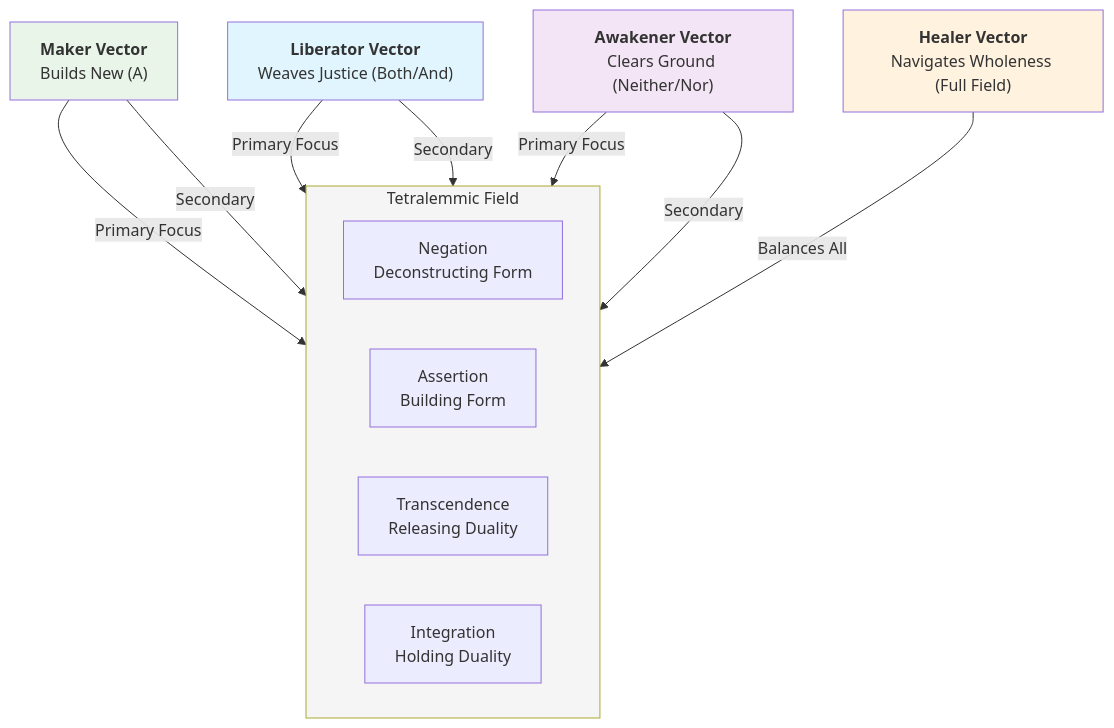
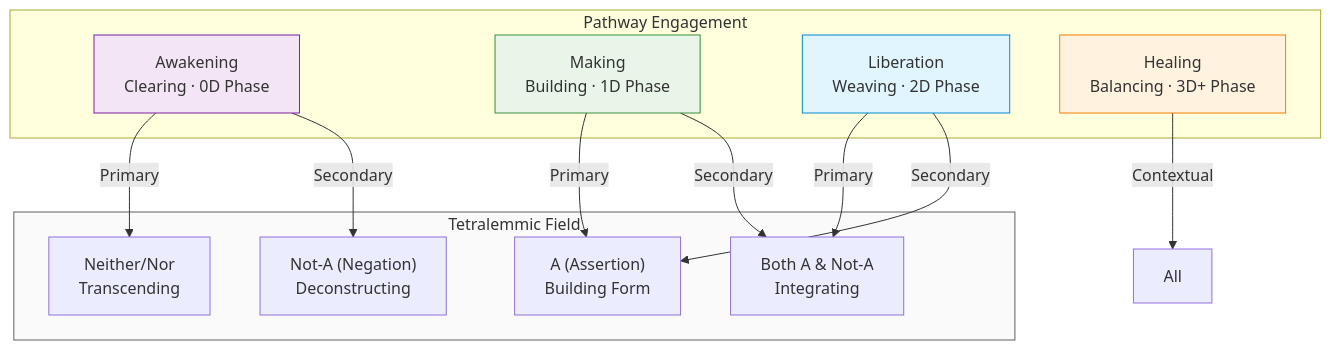
Before and after one commit to ravaioli/solarpunk-mandala: the first of 5 diagrams in framework/core-model/05-mandala-axis-four-pathways.md, drawn with Mermaid. The commit also changed other lines of this file, not shown here.

````diff
--- a/framework/core-model/05-mandala-axis-four-pathways.md
+++ b/framework/core-model/05-mandala-axis-four-pathways.md
@@ -172,27 +147,33 @@
 ```mermaid
-flowchart TD
-    subgraph TetralemmicField["Tetralemmic Field"]
-        direction LR
-        Negation["Negation<br>Deconstructing Form"]
-        Assertion["Assertion<br>Building Form"]
-        Transcendence["Transcendence<br>Releasing Duality"]
-        Integration["Integration<br>Holding Duality"]
+graph TD
+    subgraph Tetralemmic["Tetralemmic Field"]
+        T1["A (Assertion)<br>Building Form"]
+        T2["Not-A (Negation)<br>Deconstructing"]
+        T3["Both A & Not-A<br>Integrating"]
+        T4["Neither/Nor<br>Transcending"]
     end
     
-    A["<b>Maker Vector</b><br>Builds New (A)"] -->|"Primary Focus"| Assertion
-    A -->|"Secondary"| Integration
+    subgraph Pathways["Pathway Engagement"]
+        P1["Awakening<br>Clearing · 0D Phase"]
+        P2["Making<br>Building · 1D Phase"]
+        P3["Liberation<br>Weaving · 2D Phase"]
+        P4["Healing<br>Balancing · 3D+ Phase"]
+    end
     
-    B["<b>Liberator Vector</b><br>Weaves Justice (Both/And)"] -->|"Primary Focus"| Integration
-    B -->|"Secondary"| Assertion
+    P1 -->|Primary| T4
+    P1 -->|Secondary| T2
     
-    C["<b>Awakener Vector</b><br>Clears Ground (Neither/Nor)"] -->|"Primary Focus"| Transcendence
-    C -->|"Secondary"| Negation
+    P2 -->|Primary| T1
+    P2 -->|Secondary| T3
     
-    D["<b>Healer Vector</b><br>Navigates Wholeness (Full Field)"] -->|"Balances All"| TetralemmicField
+    P3 -->|Primary| T3
+    P3 -->|Secondary| T1
     
-    style A fill:#e8f5e8
-    style B fill:#e1f5fe
-    style C fill:#f3e5f5
-    style D fill:#fff3e0
-    style TetralemmicField fill:#f5f5f5
+    P4 -->|Contextual| All
+    
+    style P1 fill:#f3e5f5,stroke:#7b1fa2
+    style P2 fill:#e8f5e8,stroke:#388e3c
+    style P3 fill:#e1f5fe,stroke:#0288d1
+    style P4 fill:#fff3e0,stroke:#f57c00
+    style Tetralemmic fill:#fafafa,stroke:#616161
 ```
````
